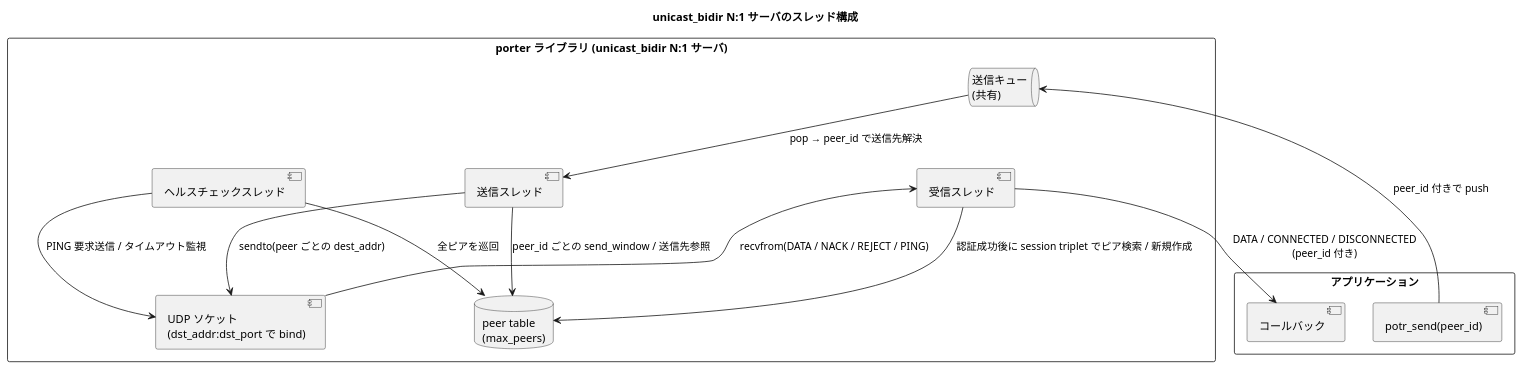
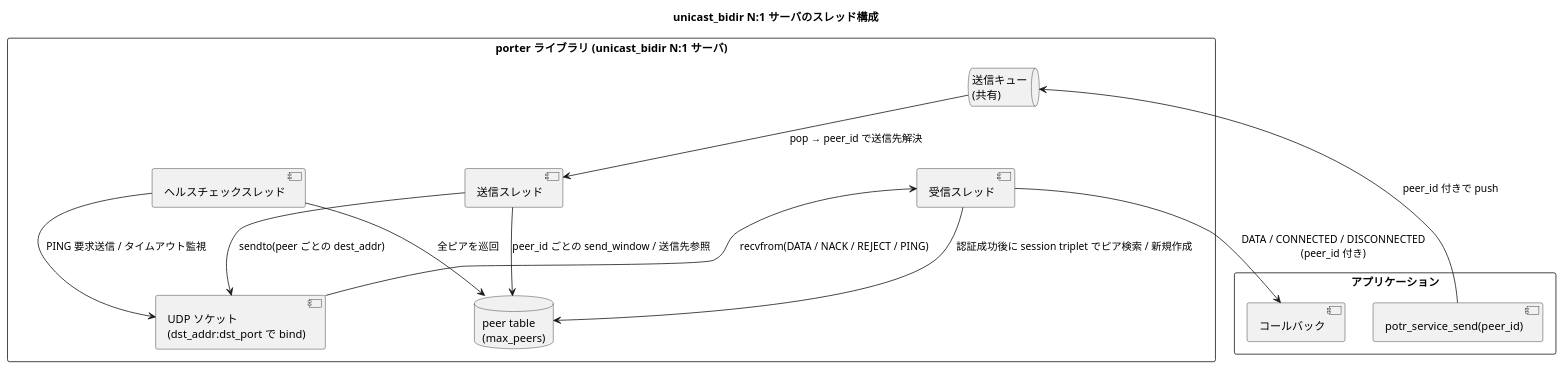
Before and after one commit to Hondarer/app_porter: the third of 6 diagrams in docs/architecture.md, drawn with PlantUML. The commit also changed other lines of this file and 46 other files, not shown here.

````diff
--- a/docs/architecture.md
+++ b/docs/architecture.md
@@ -140,29 +140,29 @@
 ```plantuml
 @startuml unicast_bidir n1 スレッド構成
 title unicast_bidir N:1 サーバのスレッド構成
 
 rectangle "アプリケーション" {
-  [potr_send(peer_id)]
+  [potr_service_send(peer_id)]
   [コールバック]
 }
 
 rectangle "porter ライブラリ (unicast_bidir N:1 サーバ)" {
   queue "送信キュー\n(共有)" as Q
   database "peer table\n(max_peers)" as PT
   [送信スレッド] as ST
   [受信スレッド] as RT
   [ヘルスチェックスレッド] as HT
   [UDP ソケット\n(dst_addr:dst_port で bind)] as SOCK
 }
 
-[potr_send(peer_id)] --> Q : peer_id 付きで push
+[potr_service_send(peer_id)] --> Q : peer_id 付きで push
 Q --> ST : pop → peer_id で送信先解決
 ST --> PT : peer_id ごとの send_window / 送信先参照
 ST --> SOCK : sendto(peer ごとの dest_addr)
 RT <-- SOCK : recvfrom(DATA / NACK / REJECT / PING)
 RT --> PT : 認証成功後に session triplet でピア検索 / 新規作成
 RT --> [コールバック] : DATA / CONNECTED / DISCONNECTED\n(peer_id 付き)
 HT --> PT : 全ピアを巡回
 HT --> SOCK : PING 要求送信 / タイムアウト監視
 @enduml
 ```
````
